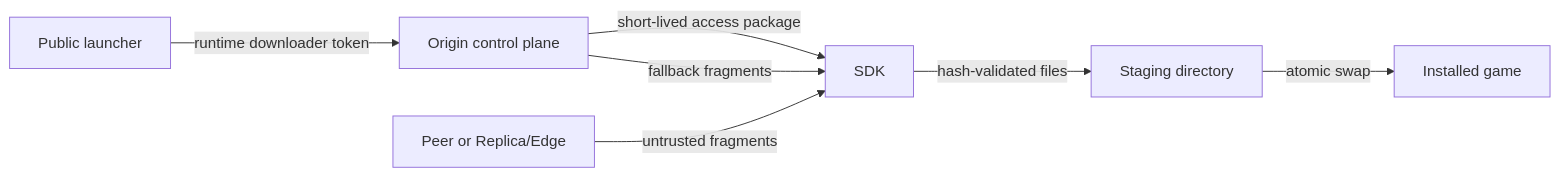
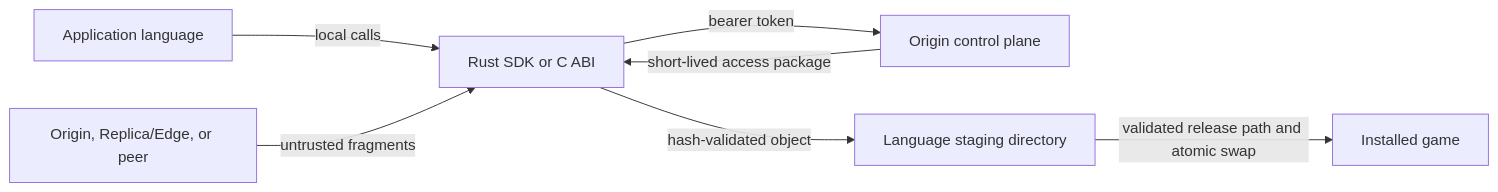
One commit to fhfelipefh/pontemesh-game-launcher-example changed the second of 2 diagrams in docs/HOW_IT_WORKS.md. Above: the diagram before and after it, drawn with Mermaid. The commit also changed other lines of this file and 28 other files, not shown here.

First line of the commit message:
Add multi-language game launcher examples (#5)

````diff
--- a/docs/HOW_IT_WORKS.md
+++ b/docs/HOW_IT_WORKS.md
@@ -55,9 +48,9 @@
 ```mermaid
 flowchart LR
-    L[Public launcher] -->|runtime downloader token| O[Origin control plane]
-    O -->|short-lived access package| S[SDK]
-    P[Peer or Replica/Edge] -->|untrusted fragments| S
-    O -->|fallback fragments| S
-    S -->|hash-validated files| T[Staging directory]
-    T -->|atomic swap| G[Installed game]
+    A[Application language] -->|local calls| B[Rust SDK or C ABI]
+    B -->|bearer token| O[Origin control plane]
+    O -->|short-lived access package| B
+    U[Origin, Replica/Edge, or peer] -->|untrusted fragments| B
+    B -->|hash-validated object| S[Language staging directory]
+    S -->|validated release path and atomic swap| G[Installed game]
 ```
````
